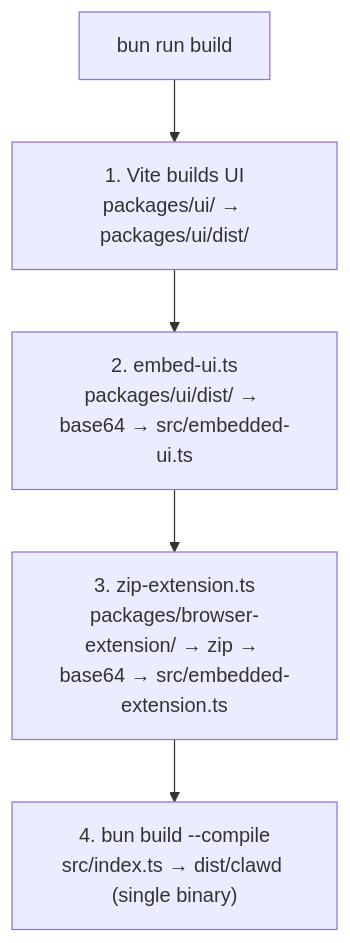
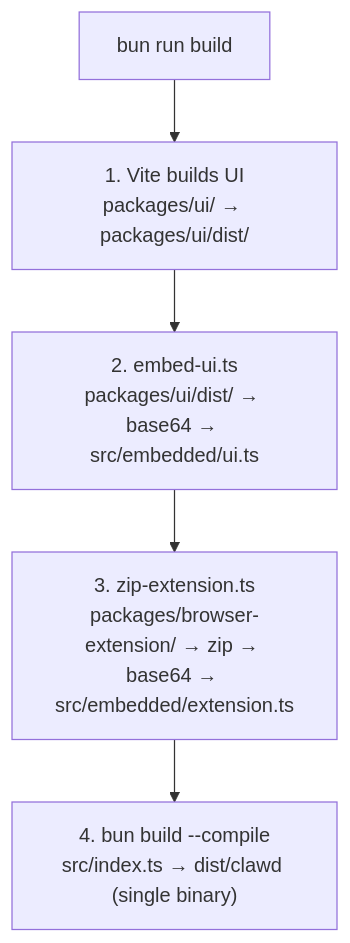
Before and after one commit to Tuanm/clawd: the eighth of 8 diagrams in docs/architecture.md, drawn with Mermaid. The commit also changed other lines of this file and 202 other files, not shown here.

````diff
--- a/docs/architecture.md
+++ b/docs/architecture.md
@@ -2154,10 +2173,10 @@
 ```mermaid
 flowchart TD
     Start["bun run build"]
     S1["1. Vite builds UI\npackages/ui/ → packages/ui/dist/"]
-    S2["2. embed-ui.ts\npackages/ui/dist/ → base64 → src/embedded-ui.ts"]
-    S3["3. zip-extension.ts\npackages/browser-extension/ → zip → base64 → src/embedded-extension.ts"]
+    S2["2. embed-ui.ts\npackages/ui/dist/ → base64 → src/embedded/ui.ts"]
+    S3["3. zip-extension.ts\npackages/browser-extension/ → zip → base64 → src/embedded/extension.ts"]
     S4["4. bun build --compile\nsrc/index.ts → dist/clawd (single binary)"]
 
     Start --> S1 --> S2 --> S3 --> S4
 ```
````
